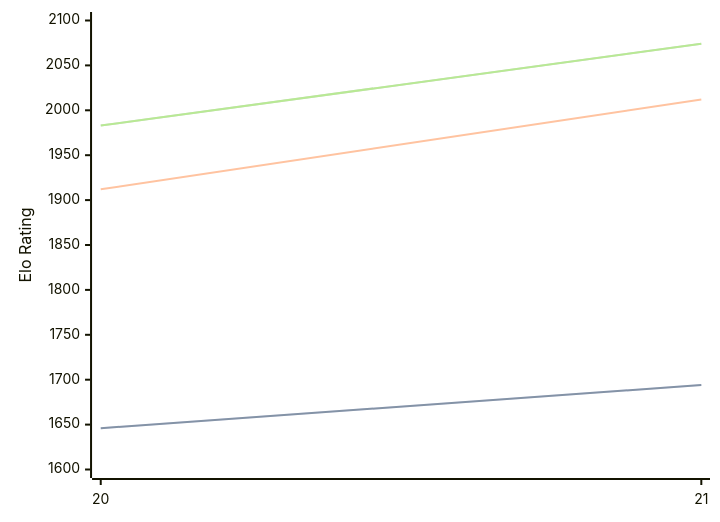
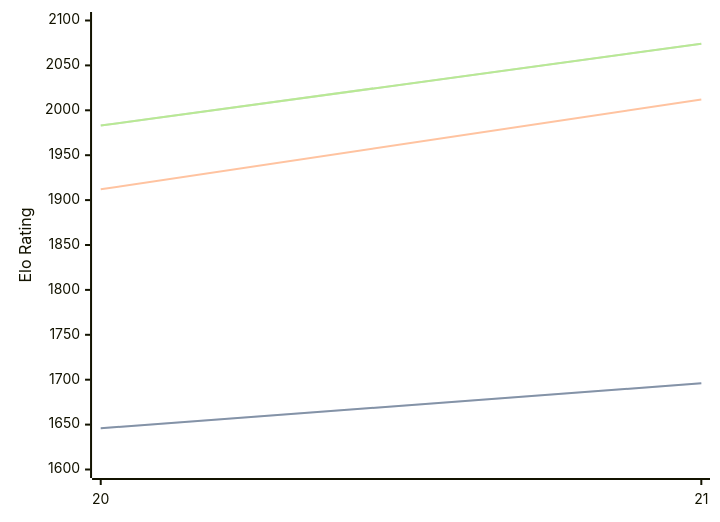
The diagram in engines/PurplePanda.md (computer-chess-index/cci), drawn with Mermaid before and after one commit. The commit also changed other lines of this file, not shown here.

````diff
--- a/engines/PurplePanda.md
+++ b/engines/PurplePanda.md
@@ -32,11 +32,11 @@
 ```mermaid
 %%{init: {"theme":"base","themeVariables":{"seriesColors:['#a3a3a3','#222221','#faa371']}}}%%
 xychart-beta
   x-axis ["20", "21"]
   y-axis "Elo Rating" 1600 --> 2100
-  line "" [1646, 1694]
-  line "STC (8.0+0.08s)" [1646, 1694]
+  line "" [1646, 1696]
+  line "STC (8.0+0.08s)" [1646, 1696]
   line "LTC (60.0+0.60s)" [1912, 2012]
   line "" [1983, 2074]
   line "VLTC (2m24s+1.12s)" [1983, 2074]
 ```
````
